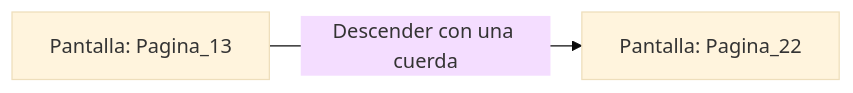
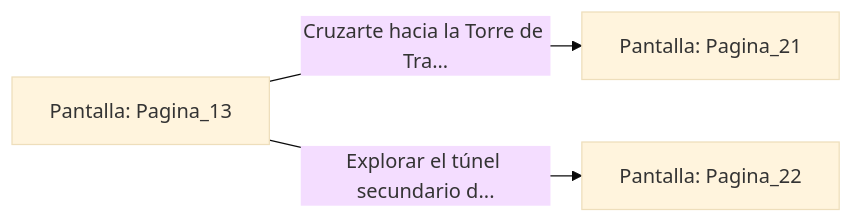
One commit to metsuke/mpl changed the diagram in sample/eligejuego-vault/Pantalla_Pagina_13.md. Above: the diagram before and after it, drawn with Mermaid (base theme). The commit also changed other lines of this file and 635 other files, not shown here.

First line of the commit message:
fix: añadir Pagina_1 como pantalla inicial en capitulo_01.mpl

````diff
--- a/sample/eligejuego-vault/Pantalla_Pagina_13.md
+++ b/sample/eligejuego-vault/Pantalla_Pagina_13.md
@@ -14,5 +22,6 @@
 ```mermaid
 graph LR
     P_Pagina_13["Pantalla: Pagina_13"]
-    P_Pagina_13 -->|"Descender con una cuerda"| P_Pagina_22["Pantalla: Pagina_22"]
+    P_Pagina_13 -->|"Cruzarte hacia la Torre de Tra..."| P_Pagina_21["Pantalla: Pagina_21"]
+    P_Pagina_13 -->|"Explorar el túnel secundario d..."| P_Pagina_22["Pantalla: Pagina_22"]
 ```
````
